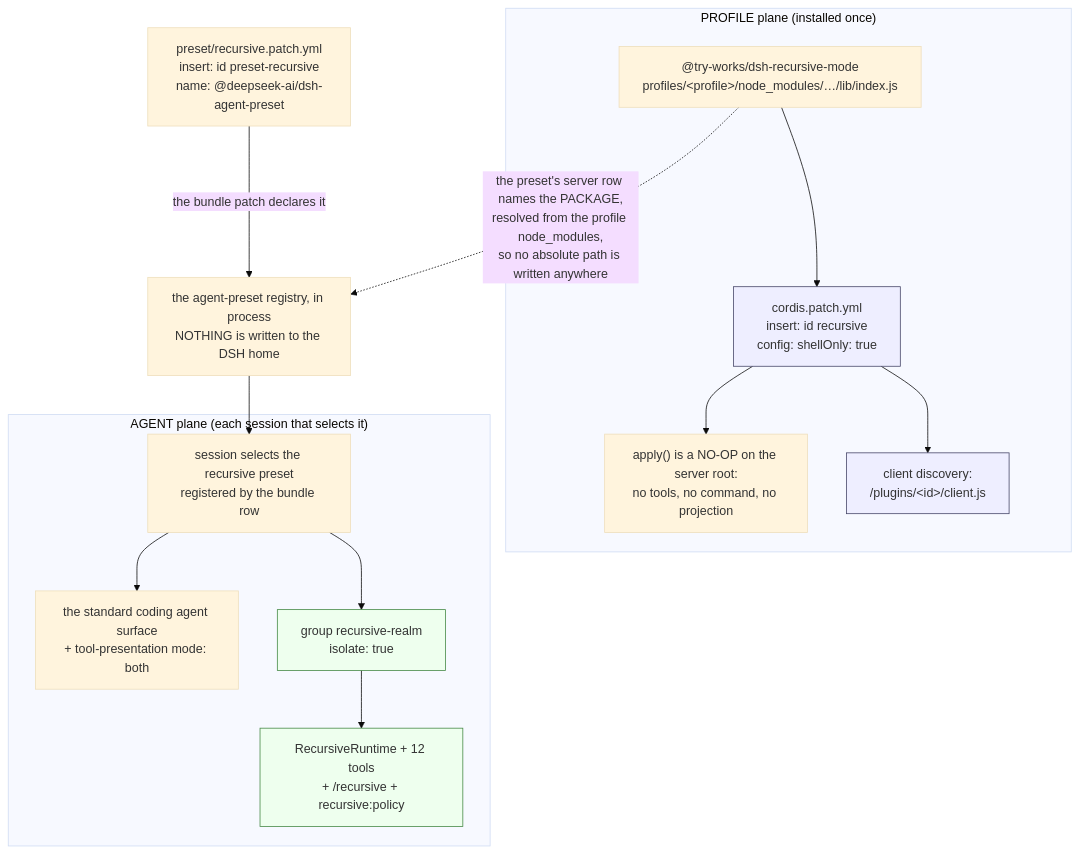
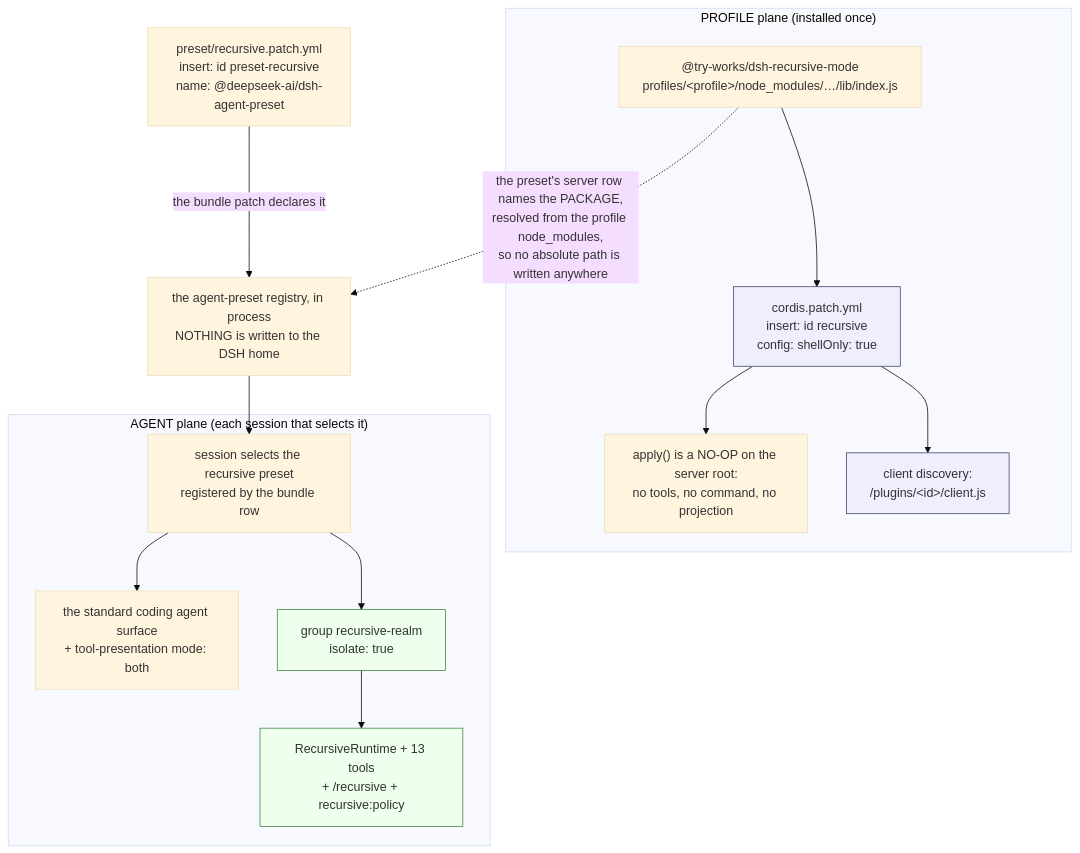
Before and after one commit to try-works/dsh-recursive-mode: the ninth of 9 diagrams in README.md, drawn with Mermaid (base theme). The commit also changed other lines of this file and 2 other files, not shown here.

````diff
--- a/README.md
+++ b/README.md
@@ -722,32 +722,32 @@
 ```mermaid
 flowchart TB
     subgraph profilePlane["PROFILE plane (installed once)"]
         PKG["@try-works/dsh-recursive-mode<br/>profiles/&lt;profile&gt;/node_modules/…/lib/index.js"]
         SHELL["cordis.patch.yml<br/>insert: id recursive<br/>config: shellOnly: true"]
         NOOP["apply() is a NO-OP on the server root:<br/>no tools, no command, no projection"]
         CLIENT["client discovery:<br/>/plugins/&lt;id&gt;/client.js"]
         PKG --> SHELL --> NOOP
         SHELL --> CLIENT
     end
 
     INSTALL["preset/recursive.patch.yml<br/>insert: id preset-recursive<br/>name: @deepseek-ai/dsh-agent-preset"]
     HOME["the agent-preset registry, in process<br/>NOTHING is written to the DSH home"]
     INSTALL -->|"the bundle patch declares it"| HOME
     PKG -.->|"the preset's server row names the PACKAGE,<br/>resolved from the profile node_modules,<br/>so no absolute path is written anywhere"| HOME
 
     subgraph agentPlane["AGENT plane (each session that selects it)"]
         SEL["session selects the recursive preset<br/>registered by the bundle row"]
         STD["the standard coding agent surface<br/>+ tool-presentation mode: both"]
         REALM["group recursive-realm<br/>isolate: true"]
-        SURF["RecursiveRuntime + 12 tools<br/>+ /recursive + recursive:policy"]
+        SURF["RecursiveRuntime + 13 tools<br/>+ /recursive + recursive:policy"]
         SEL --> STD
         SEL --> REALM --> SURF
     end
 
     HOME --> SEL
 
     classDef shell fill:#eef,stroke:#446
     class SHELL,CLIENT shell
     classDef isolated fill:#efe,stroke:#484
     class REALM,SURF isolated
 ```
````
